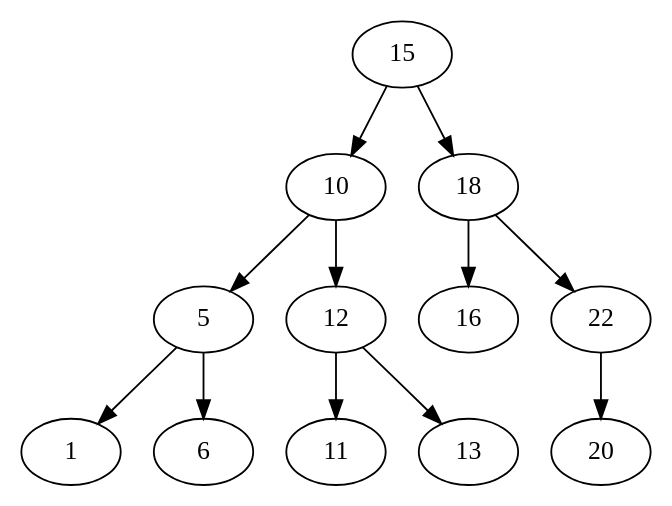
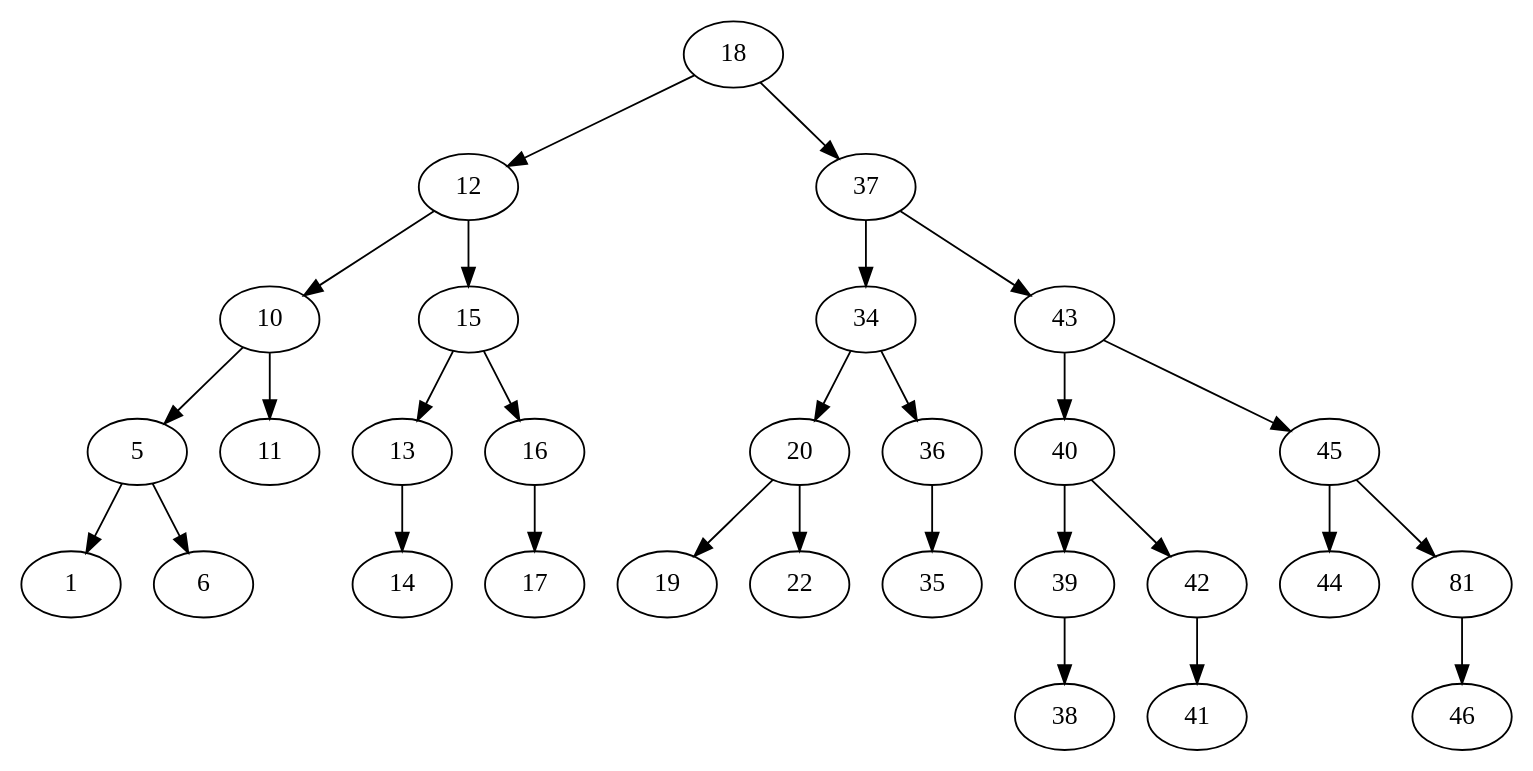
One commit to xanderkov/TASD changed the diagram in lab_06_04/out/AVL.gv. Above: the diagram before and after it, drawn with Graphviz. The commit also changed 3 other files, not shown here.

```diff
--- a/lab_06_04/out/AVL.gv
+++ b/lab_06_04/out/AVL.gv
@@ -1,13 +1,30 @@
 digraph AVL {
-15 -> 10;
-15 -> 18;
+18 -> 12;
+18 -> 37;
+12 -> 10;
+12 -> 15;
 10 -> 5;
-10 -> 12;
+10 -> 11;
 5 -> 1;
 5 -> 6;
-12 -> 11;
-12 -> 13;
-18 -> 16;
-18 -> 22;
-22 -> 20;
+15 -> 13;
+15 -> 16;
+13 -> 14;
+16 -> 17;
+37 -> 34;
+37 -> 43;
+34 -> 20;
+34 -> 36;
+20 -> 19;
+20 -> 22;
+36 -> 35;
+43 -> 40;
+43 -> 45;
+40 -> 39;
+40 -> 42;
+39 -> 38;
+42 -> 41;
+45 -> 44;
+45 -> 81;
+81 -> 46;
 }
```
